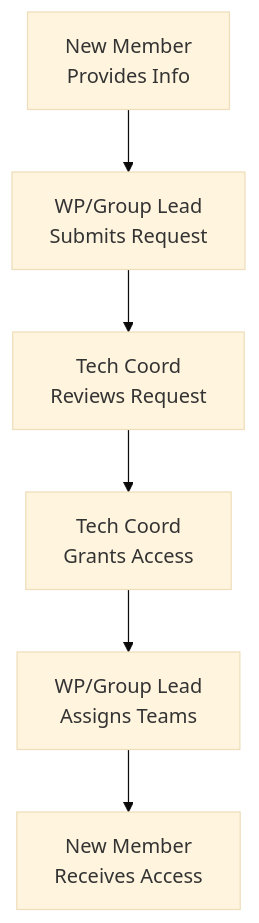
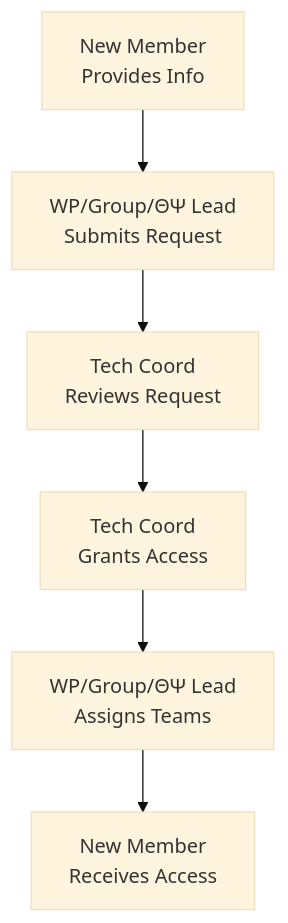
Before and after one commit to webuild-consortium/webuild-github-policies: the first of 2 diagrams in docs/03-onboarding-procedures.md, drawn with Mermaid (base theme). The commit also changed other lines of this file and 1 other file, not shown here.

````diff
--- a/docs/03-onboarding-procedures.md
+++ b/docs/03-onboarding-procedures.md
@@ -142,15 +142,15 @@
 ```mermaid
 graph TD
     A[New Member<br/>Provides Info]
-    B[WP/Group Lead<br/>Submits Request]
+    B[WP/Group/ΘΨ Lead<br/>Submits Request]
     C[Tech Coord<br/>Reviews Request]
     D[Tech Coord<br/>Grants Access]
-    E[WP/Group Lead<br/>Assigns Teams]
+    E[WP/Group/ΘΨ Lead<br/>Assigns Teams]
     F[New Member<br/>Receives Access]
 
     A --> B
     B --> C
     C --> D
     D --> E
     E --> F
 ```
````
